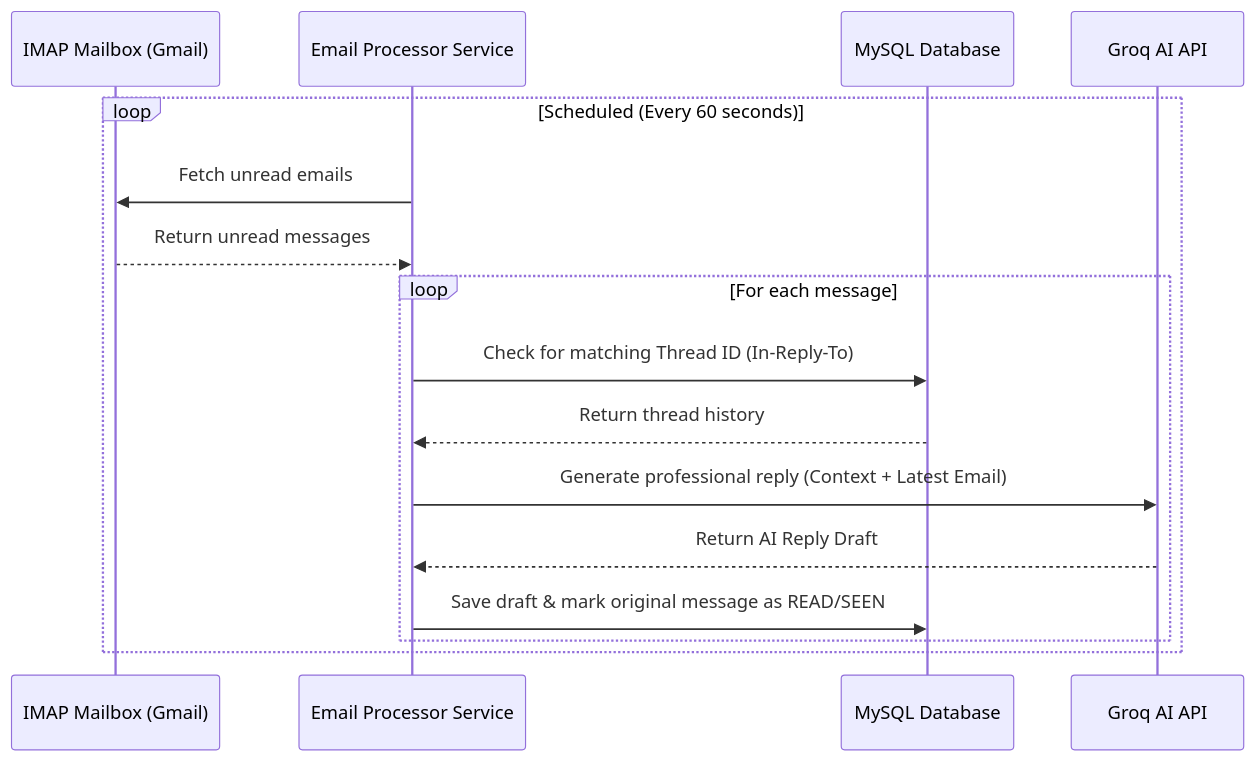
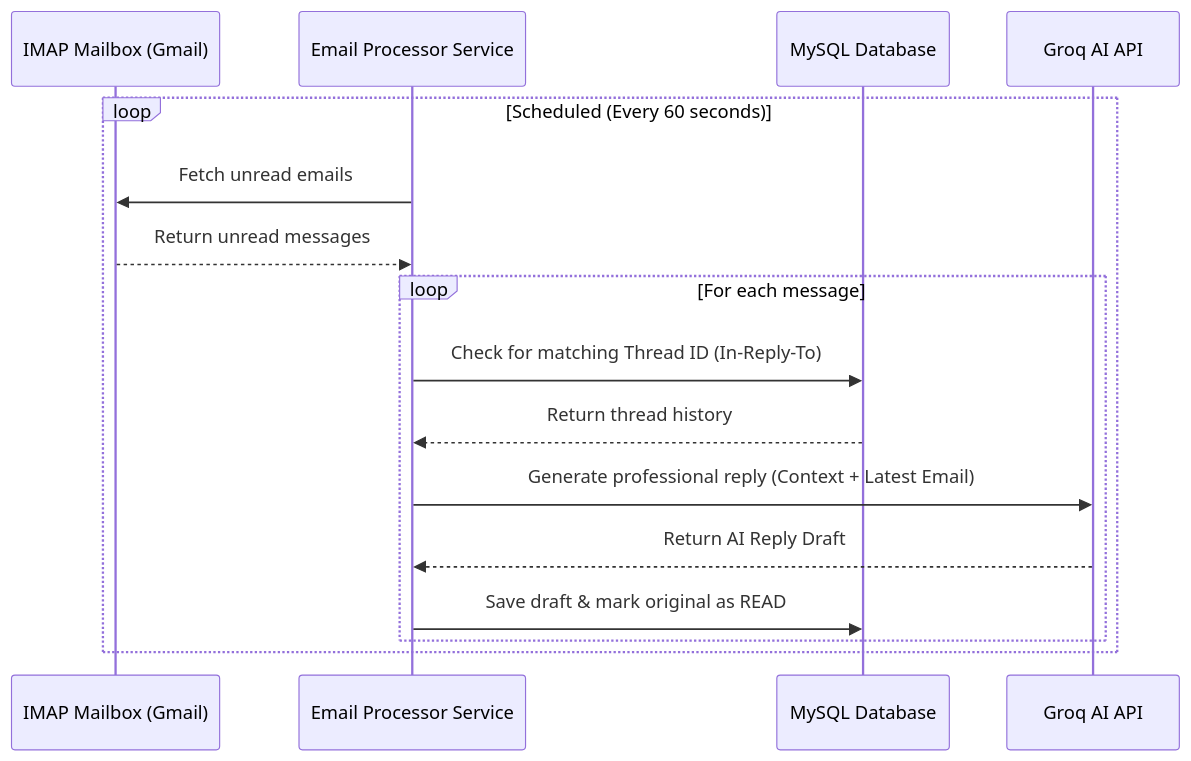
The first of 2 diagrams in README.md (sudhanshu-chauhan18/AI-Powered-Email-Agent), drawn with Mermaid before and after one commit. The commit also changed other lines of this file and 8 other files, not shown here.

Commit message:
Update draft generator flow to show live preview & update README

````diff
--- a/README.md
+++ b/README.md
@@ -21,20 +36,20 @@
 ```mermaid
 sequenceDiagram
     participant Inbox as IMAP Mailbox (Gmail)
     participant Agent as Email Processor Service
     participant DB as MySQL Database
     participant Groq as Groq AI API
-    
+
     loop Scheduled (Every 60 seconds)
         Agent->>Inbox: Fetch unread emails
         Inbox-->>Agent: Return unread messages
-        
+
         loop For each message
             Agent->>DB: Check for matching Thread ID (In-Reply-To)
             DB-->>Agent: Return thread history
             Agent->>Groq: Generate professional reply (Context + Latest Email)
             Groq-->>Agent: Return AI Reply Draft
-            Agent->>DB: Save draft & mark original message as READ/SEEN
+            Agent->>DB: Save draft & mark original as READ
         end
     end
 ```
````
